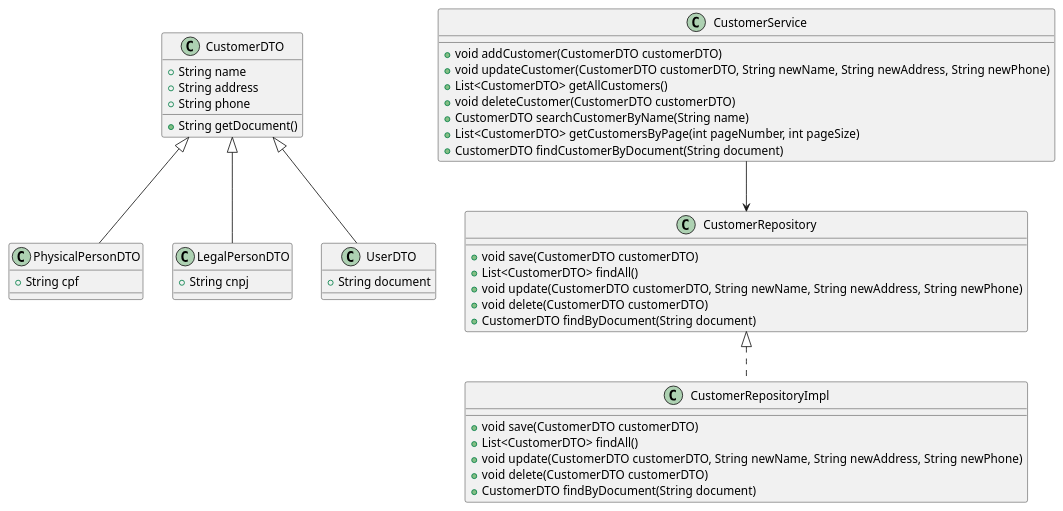
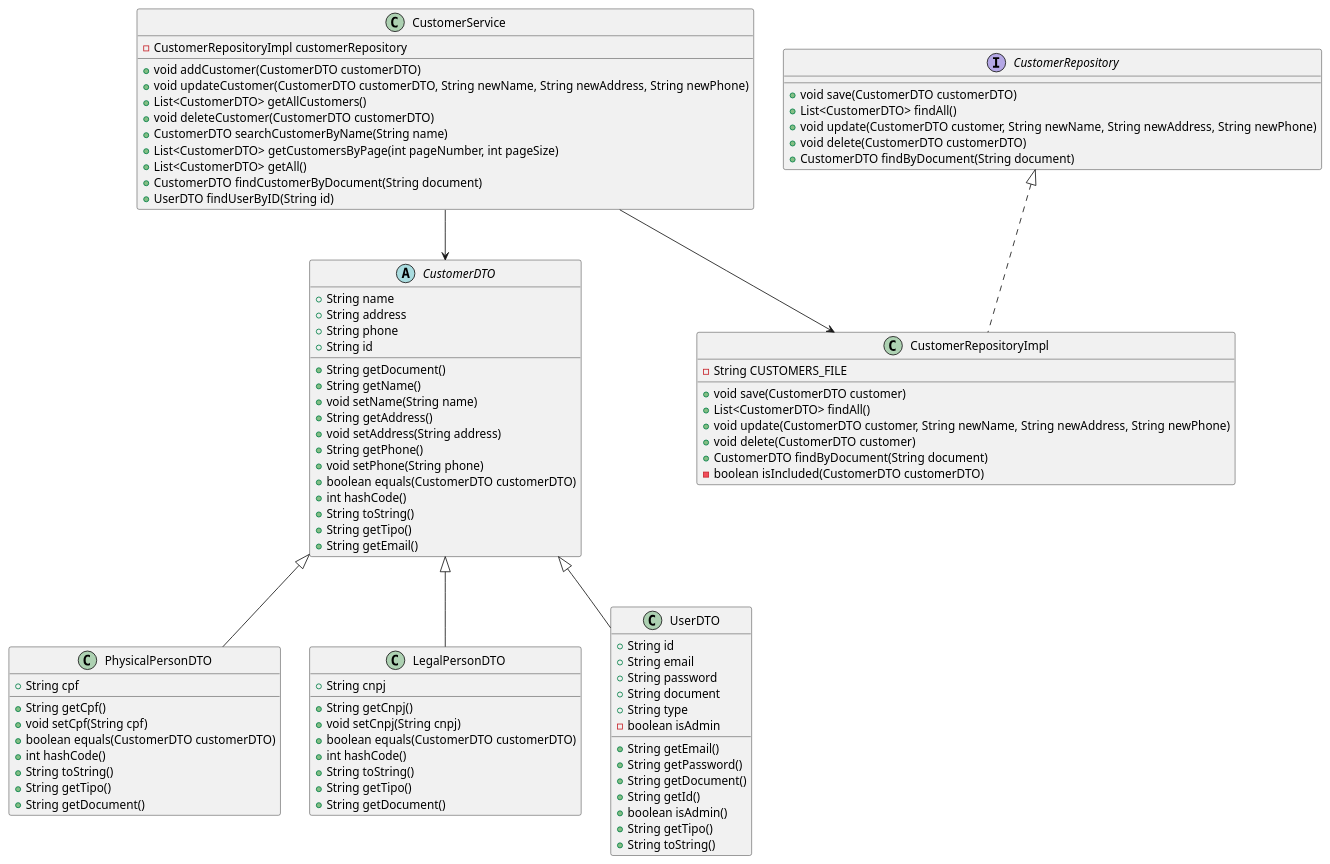
Before and after one commit to Team-1-Santander-Coders/LocadoraTeam1: the diagram in infos/Diagrams/Clientes.puml, drawn with PlantUML. The commit also changed other lines of this file and 6 other files, not shown here.

Commit message:
docs: update class diagrams

```diff
--- a/infos/Diagrams/Clientes.puml
+++ b/infos/Diagrams/Clientes.puml
@@ -1,54 +1,96 @@
 @startuml
-    class CustomerDTO {
-            +String name
-            +String address
-            +String phone
-            +String getDocument()
-        }
+abstract class CustomerDTO {
+    +String name
+    +String address
+    +String phone
+    +String id
+    +String getDocument()
+    +String getName()
+    +void setName(String name)
+    +String getAddress()
+    +void setAddress(String address)
+    +String getPhone()
+    +void setPhone(String phone)
+    +boolean equals(CustomerDTO customerDTO)
+    +int hashCode()
+    +String toString()
+    +String getTipo()
+    +String getEmail()
+}
 
-        class PhysicalPersonDTO {
-            +String cpf
-        }
+class PhysicalPersonDTO {
+    +String cpf
+    +String getCpf()
+    +void setCpf(String cpf)
+    +boolean equals(CustomerDTO customerDTO)
+    +int hashCode()
+    +String toString()
+    +String getTipo()
+    +String getDocument()
+}
 
-        class LegalPersonDTO {
-            +String cnpj
-        }
+class LegalPersonDTO {
+    +String cnpj
+    +String getCnpj()
+    +void setCnpj(String cnpj)
+    +boolean equals(CustomerDTO customerDTO)
+    +int hashCode()
+    +String toString()
+    +String getTipo()
+    +String getDocument()
+}
 
-        class UserDTO {
-            +String document
-        }
+class UserDTO {
+    +String id
+    +String email
+    +String password
+    +String document
+    +String type
+    -boolean isAdmin
+    +String getEmail()
+    +String getPassword()
+    +String getDocument()
+    +String getId()
+    +boolean isAdmin()
+    +String getTipo()
+    +String toString()
+}
 
-        class CustomerRepository {
-            +void save(CustomerDTO customerDTO)
-            +List<CustomerDTO> findAll()
-            +void update(CustomerDTO customerDTO, String newName, String newAddress, String newPhone)
-            +void delete(CustomerDTO customerDTO)
-            +CustomerDTO findByDocument(String document)
-        }
+interface CustomerRepository {
+    +void save(CustomerDTO customerDTO)
+    +List<CustomerDTO> findAll()
+    +void update(CustomerDTO customer, String newName, String newAddress, String newPhone)
+    +void delete(CustomerDTO customerDTO)
+    +CustomerDTO findByDocument(String document)
+}
 
-        class CustomerRepositoryImpl {
-            +void save(CustomerDTO customerDTO)
-            +List<CustomerDTO> findAll()
-            +void update(CustomerDTO customerDTO, String newName, String newAddress, String newPhone)
-            +void delete(CustomerDTO customerDTO)
-            +CustomerDTO findByDocument(String document)
-        }
+class CustomerRepositoryImpl {
+    -String CUSTOMERS_FILE
+    +void save(CustomerDTO customer)
+    +List<CustomerDTO> findAll()
+    +void update(CustomerDTO customer, String newName, String newAddress, String newPhone)
+    +void delete(CustomerDTO customer)
+    +CustomerDTO findByDocument(String document)
+    -boolean isIncluded(CustomerDTO customerDTO)
+}
 
-        class CustomerService {
-            +void addCustomer(CustomerDTO customerDTO)
-            +void updateCustomer(CustomerDTO customerDTO, String newName, String newAddress, String newPhone)
-            +List<CustomerDTO> getAllCustomers()
-            +void deleteCustomer(CustomerDTO customerDTO)
-            +CustomerDTO searchCustomerByName(String name)
-            +List<CustomerDTO> getCustomersByPage(int pageNumber, int pageSize)
-            +CustomerDTO findCustomerByDocument(String document)
-        }
+class CustomerService {
+    -CustomerRepositoryImpl customerRepository
+    +void addCustomer(CustomerDTO customerDTO)
+    +void updateCustomer(CustomerDTO customerDTO, String newName, String newAddress, String newPhone)
+    +List<CustomerDTO> getAllCustomers()
+    +void deleteCustomer(CustomerDTO customerDTO)
+    +CustomerDTO searchCustomerByName(String name)
+    +List<CustomerDTO> getCustomersByPage(int pageNumber, int pageSize)
+    +List<CustomerDTO> getAll()
+    +CustomerDTO findCustomerByDocument(String document)
+    +UserDTO findUserByID(String id)
+}
 
-        CustomerDTO <|-- PhysicalPersonDTO
-        CustomerDTO <|-- LegalPersonDTO
-        CustomerDTO <|-- UserDTO
-
-        CustomerRepository <|.. CustomerRepositoryImpl
-        CustomerService --> CustomerRepository
-
+CustomerDTO <|-- PhysicalPersonDTO
+CustomerDTO <|-- LegalPersonDTO
+CustomerDTO <|-- UserDTO
+CustomerService --> CustomerDTO
+CustomerRepository <|.. CustomerRepositoryImpl
+CustomerService --> CustomerRepositoryImpl
 @enduml
```
